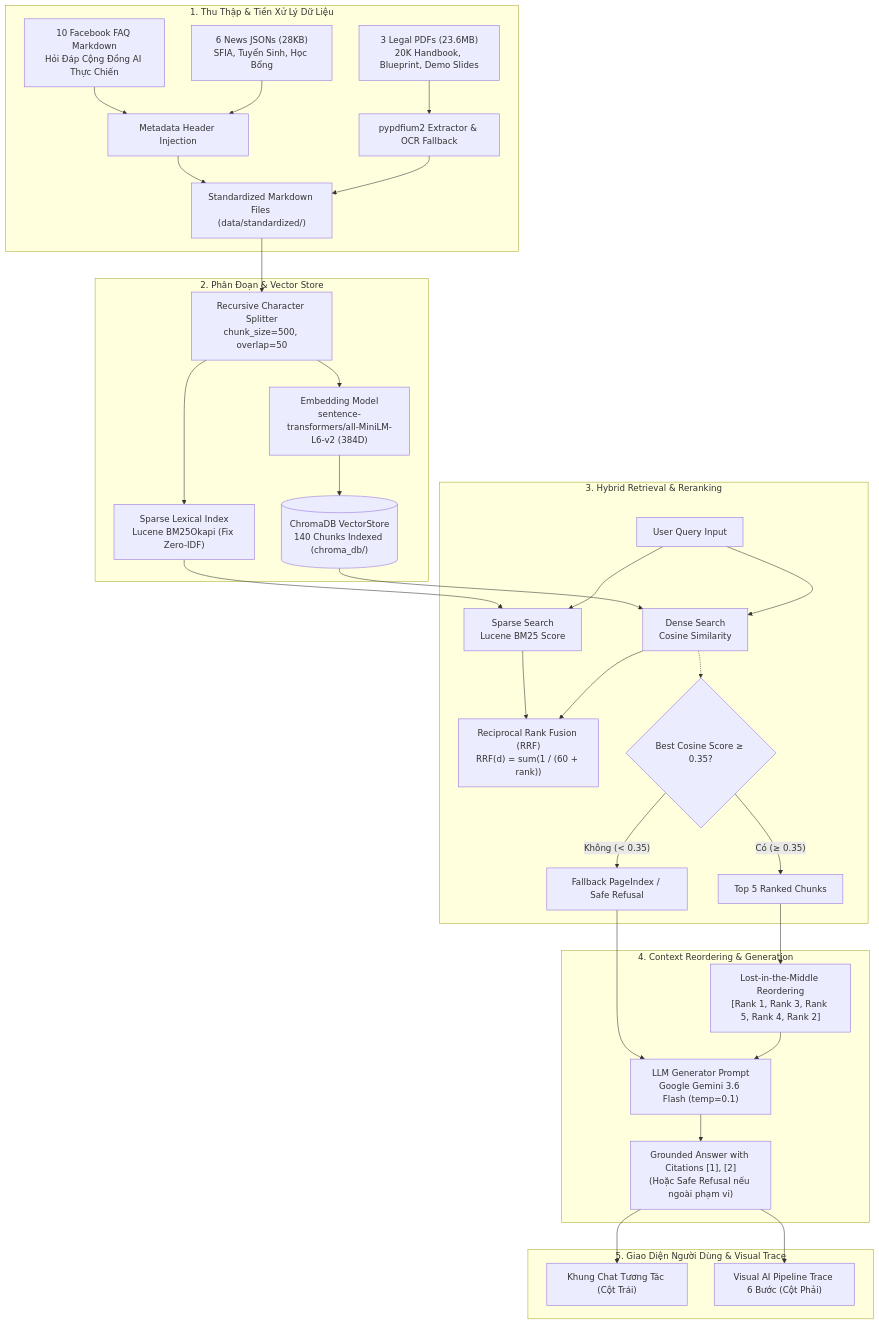
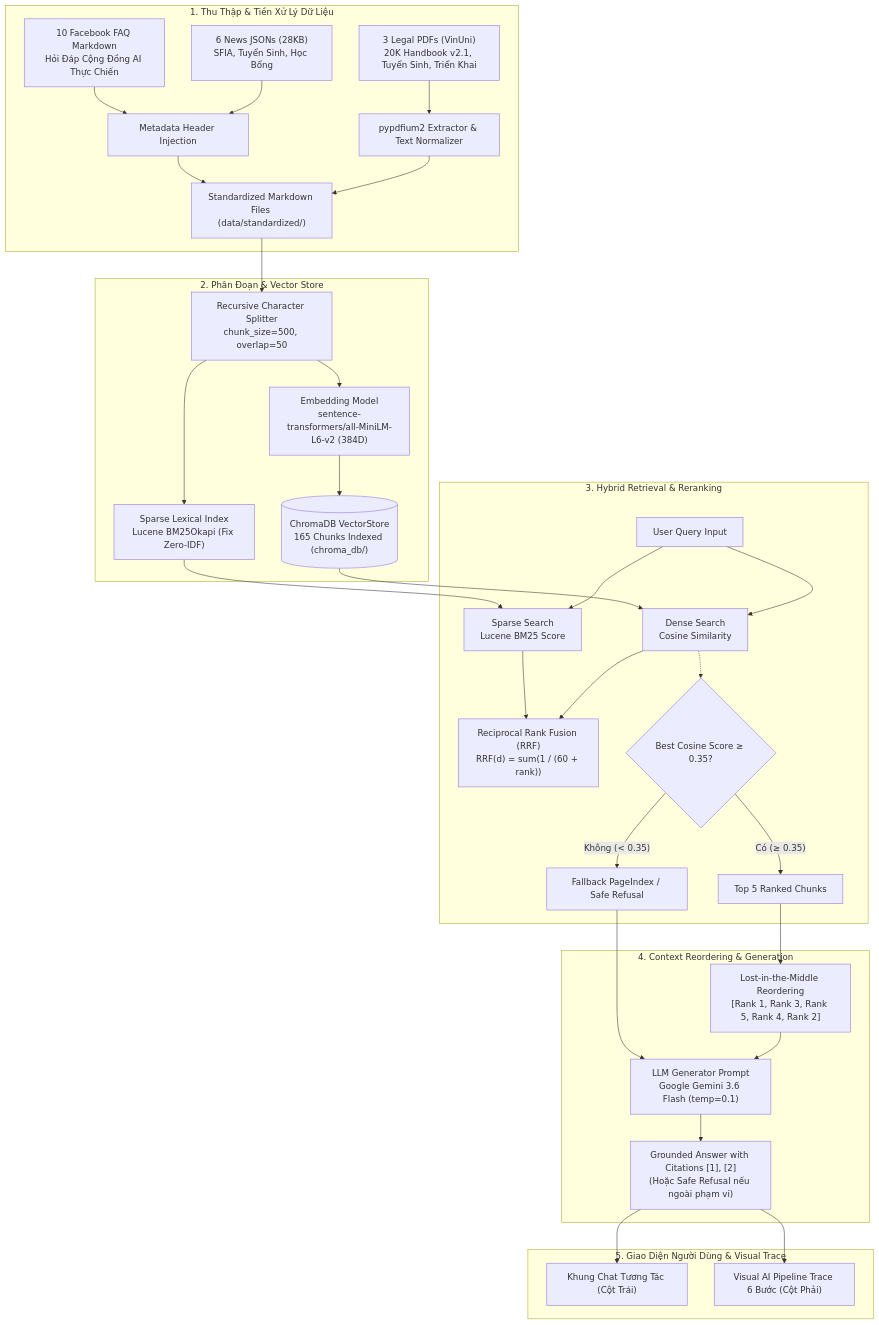
One commit to Dokhacgiakhoa/K4-L3A-RAG-Pipeline-Vinonymus changed the diagram in README.md. Above: the diagram before and after it, drawn with Mermaid. The commit also changed other lines of this file and 12 other files, not shown here.

Commit message:
refactor(corpus): remove blueprint and demo-slides junk pdfs, replace with authentic VinUni admissions policy docs and reindex 165 chunks

````diff
--- a/README.md
+++ b/README.md
@@ -55,41 +55,41 @@
 ```mermaid
 flowchart TD
     subgraph INGESTION ["1. Thu Thập & Tiền Xử Lý Dữ Liệu"]
-        A1["3 Legal PDFs (23.6MB)<br/>20K Handbook, Blueprint, Demo Slides"] --> B1["pypdfium2 Extractor & OCR Fallback"]
+        A1["3 Legal PDFs (VinUni)<br/>20K Handbook v2.1, Tuyển Sinh, Triển Khai"] --> B1["pypdfium2 Extractor & Text Normalizer"]
         A2["6 News JSONs (28KB)<br/>SFIA, Tuyển Sinh, Học Bổng"] --> B2["Metadata Header Injection"]
         A3["10 Facebook FAQ Markdown<br/>Hỏi Đáp Cộng Đồng AI Thực Chiến"] --> B2
         B1 --> C["Standardized Markdown Files (data/standardized/)"]
         B2 --> C
     end
 
     subgraph INDEXING ["2. Phân Đoạn & Vector Store"]
         C --> D["Recursive Character Splitter<br/>chunk_size=500, overlap=50"]
         D --> E["Embedding Model<br/>sentence-transformers/all-MiniLM-L6-v2 (384D)"]
-        E --> F[("ChromaDB VectorStore<br/>140 Chunks Indexed (chroma_db/)")]
+        E --> F[("ChromaDB VectorStore<br/>165 Chunks Indexed (chroma_db/)")]
         D --> G["Sparse Lexical Index<br/>Lucene BM25Okapi (Fix Zero-IDF)"]
     end
 
     subgraph RETRIEVAL ["3. Hybrid Retrieval & Reranking"]
         Q["User Query Input"] --> H1["Dense Search<br/>Cosine Similarity"]
         Q --> H2["Sparse Search<br/>Lucene BM25 Score"]
         F --> H1
         G --> H2
         H1 --> I["Reciprocal Rank Fusion (RRF)<br/>RRF(d) = sum(1 / (60 + rank))"]
         H2 --> I
         H1 -.-> K{"Best Cosine Score &ge; 0.35?"}
         K -- "Không (< 0.35)" --> L["Fallback PageIndex / Safe Refusal"]
         K -- "Có (&ge; 0.35)" --> M["Top 5 Ranked Chunks"]
     end
 
     subgraph GENERATION ["4. Context Reordering & Generation"]
         M --> N["Lost-in-the-Middle Reordering<br/>[Rank 1, Rank 3, Rank 5, Rank 4, Rank 2]"]
         N --> O["LLM Generator Prompt<br/>Google Gemini 3.6 Flash (temp=0.1)"]
         L --> O
         O --> P["Grounded Answer with Citations [1], [2]<br/>(Hoặc Safe Refusal nếu ngoài phạm vi)"]
     end
 
     subgraph UI ["5. Giao Diện Người Dùng & Visual Trace"]
         P --> UI1["Khung Chat Tương Tác (Cột Trái)"]
         P --> UI2["Visual AI Pipeline Trace 6 Bước (Cột Phải)"]
     end
 ```
````
